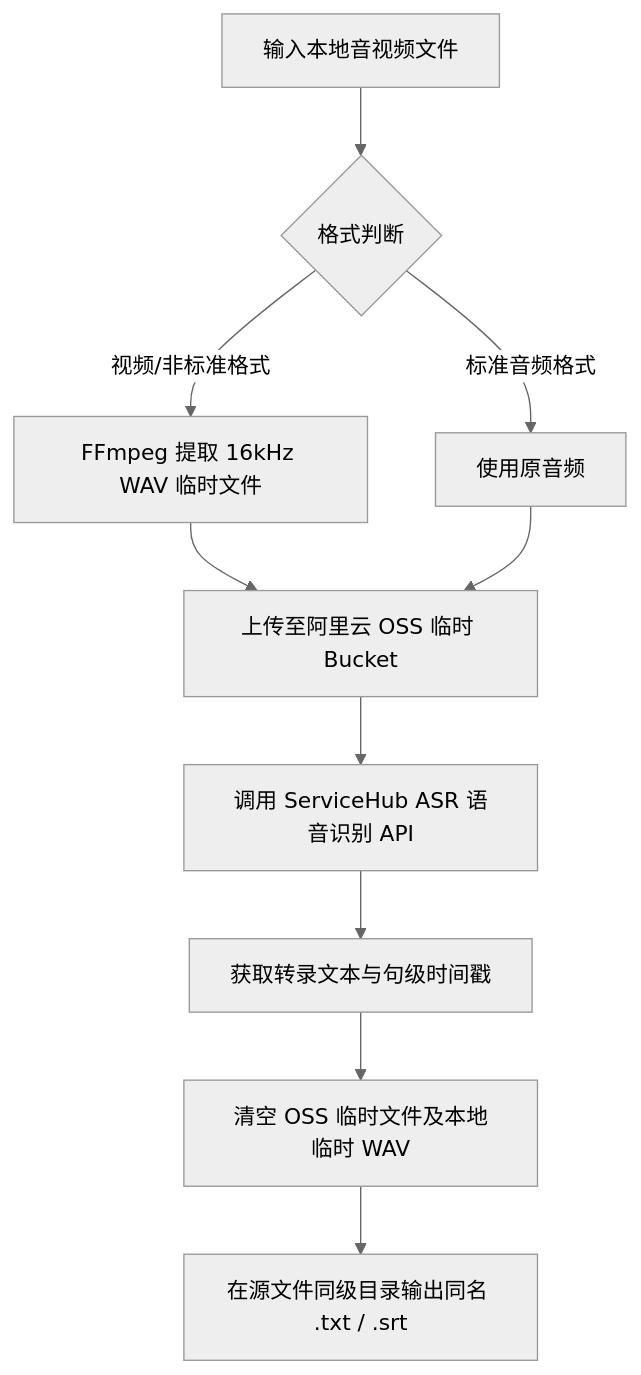
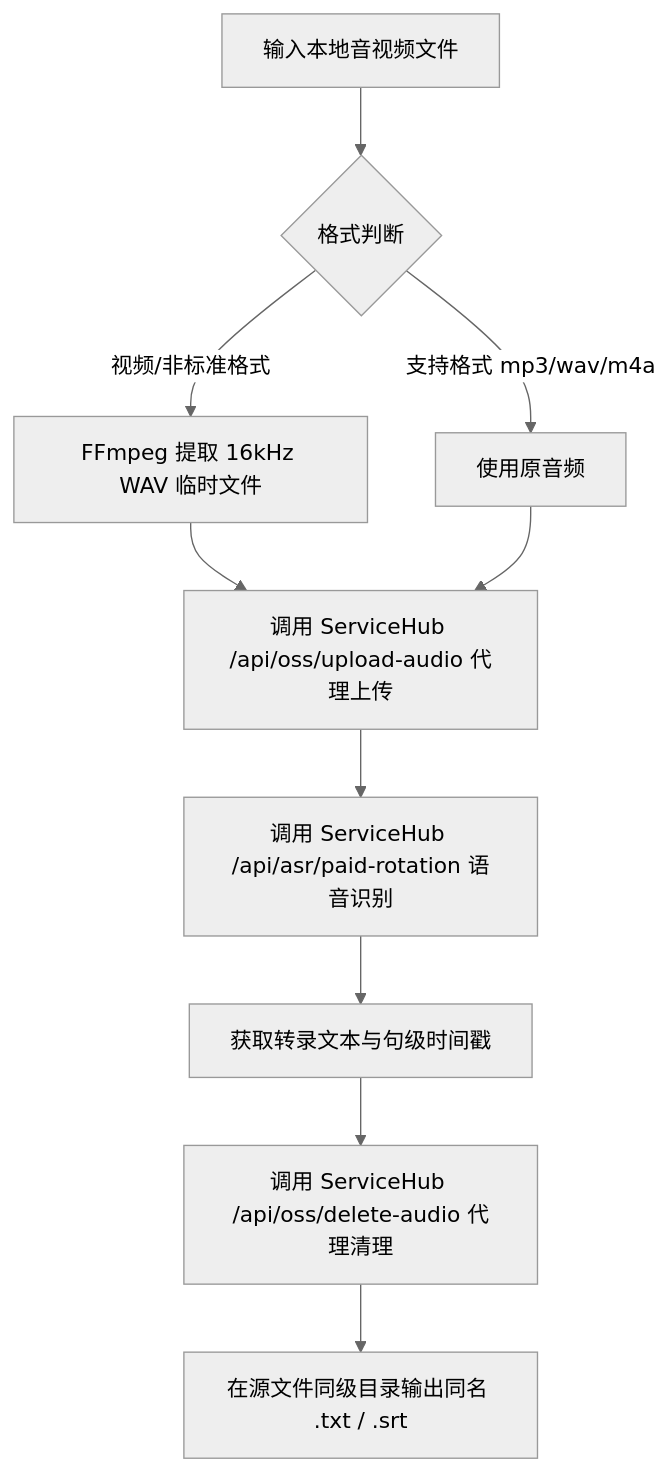
One commit to JasonCai2024/skill-audio-transcriber changed the diagram in README.md. Above: the diagram before and after it, drawn with Mermaid (neutral theme). The commit also changed other lines of this file and 6 other files, not shown here.

Commit message:
refactor: replace direct OSS credentials with ServiceHub OSS Proxy APIs

````diff
--- a/README.md
+++ b/README.md
@@ -12,12 +14,12 @@
 ```mermaid
 flowchart TD
     A[输入本地音视频文件] --> B{格式判断}
     B -- 视频/非标准格式 --> C[FFmpeg 提取 16kHz WAV 临时文件]
-    B -- 标准音频格式 --> D[使用原音频]
-    C --> E[上传至阿里云 OSS 临时 Bucket]
+    B -- 支持格式 mp3/wav/m4a --> D[使用原音频]
+    C --> E[调用 ServiceHub /api/oss/upload-audio 代理上传]
     D --> E
-    E --> F[调用 ServiceHub ASR 语音识别 API]
+    E --> F[调用 ServiceHub /api/asr/paid-rotation 语音识别]
     F --> G[获取转录文本与句级时间戳]
-    G --> H[清空 OSS 临时文件及本地临时 WAV]
+    G --> H[调用 ServiceHub /api/oss/delete-audio 代理清理]
     H --> I[在源文件同级目录输出同名 .txt / .srt]
 ```
````
